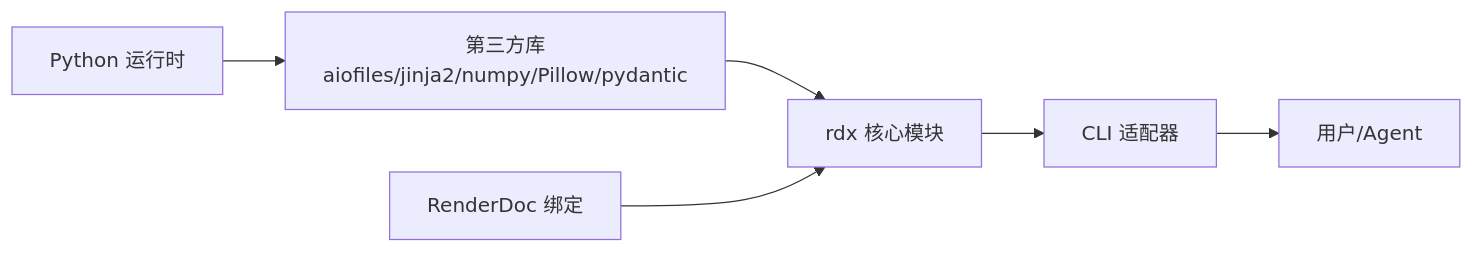
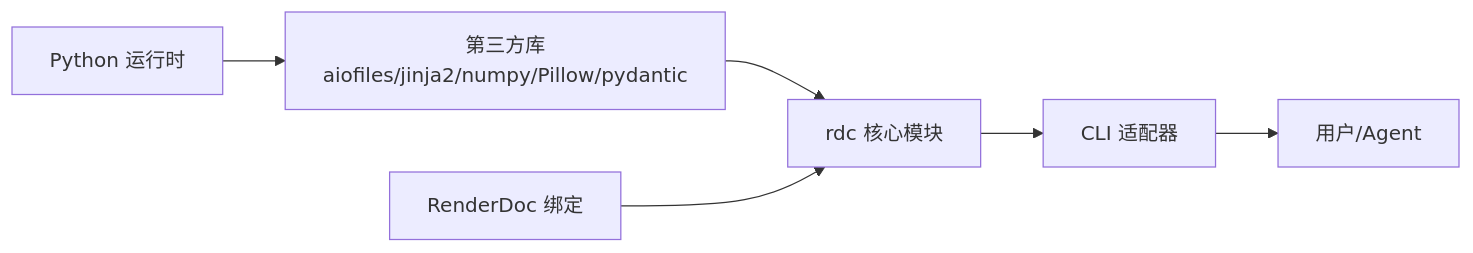
The eighth of 8 diagrams in .qoder/repowiki/zh/content/开发指南/开发指南.md (haolange/RDC-Tool), drawn with Mermaid before and after one commit. The commit also changed other lines of this file and 388 other files, not shown here.

````diff
--- a/.qoder/repowiki/zh/content/开发指南/开发指南.md
+++ b/.qoder/repowiki/zh/content/开发指南/开发指南.md
@@ -286,8 +286,8 @@
 ```mermaid
 graph LR
 Py["Python 运行时"] --> Libs["第三方库<br/>aiofiles/jinja2/numpy/Pillow/pydantic"]
-Libs --> Core["rdx 核心模块"]
+Libs --> Core["rdc 核心模块"]
 RD["RenderDoc 绑定"] --> Core
 Core --> CLI["CLI 适配器"]
 CLI --> Users["用户/Agent"]
 ```
````
